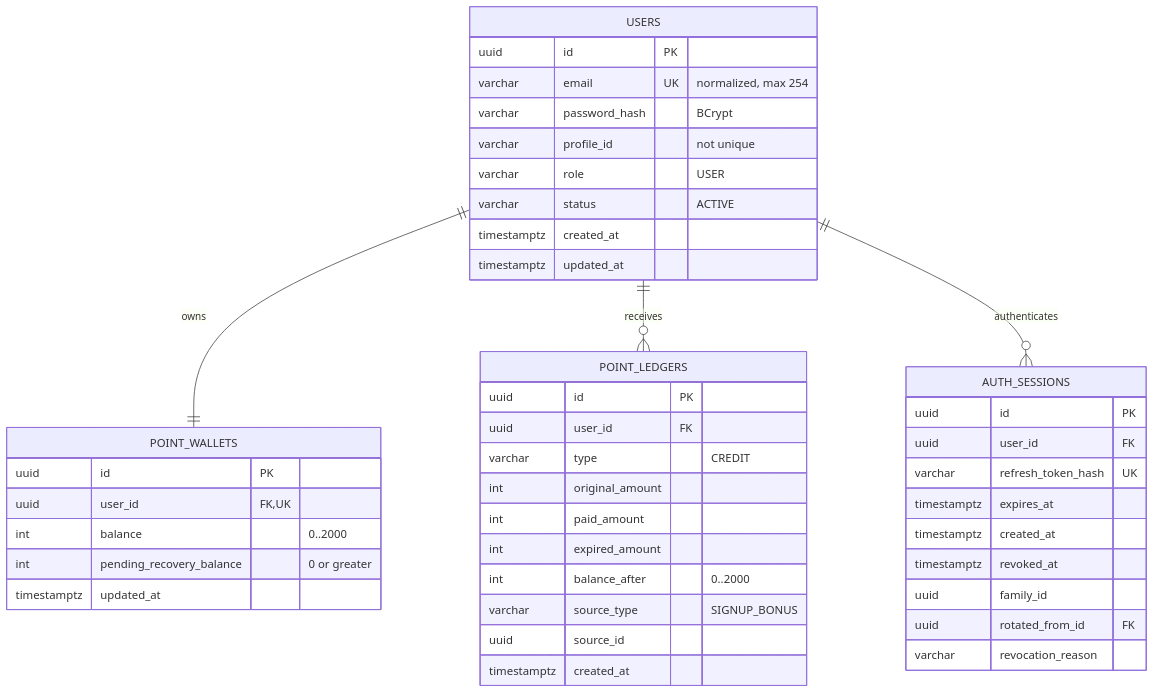
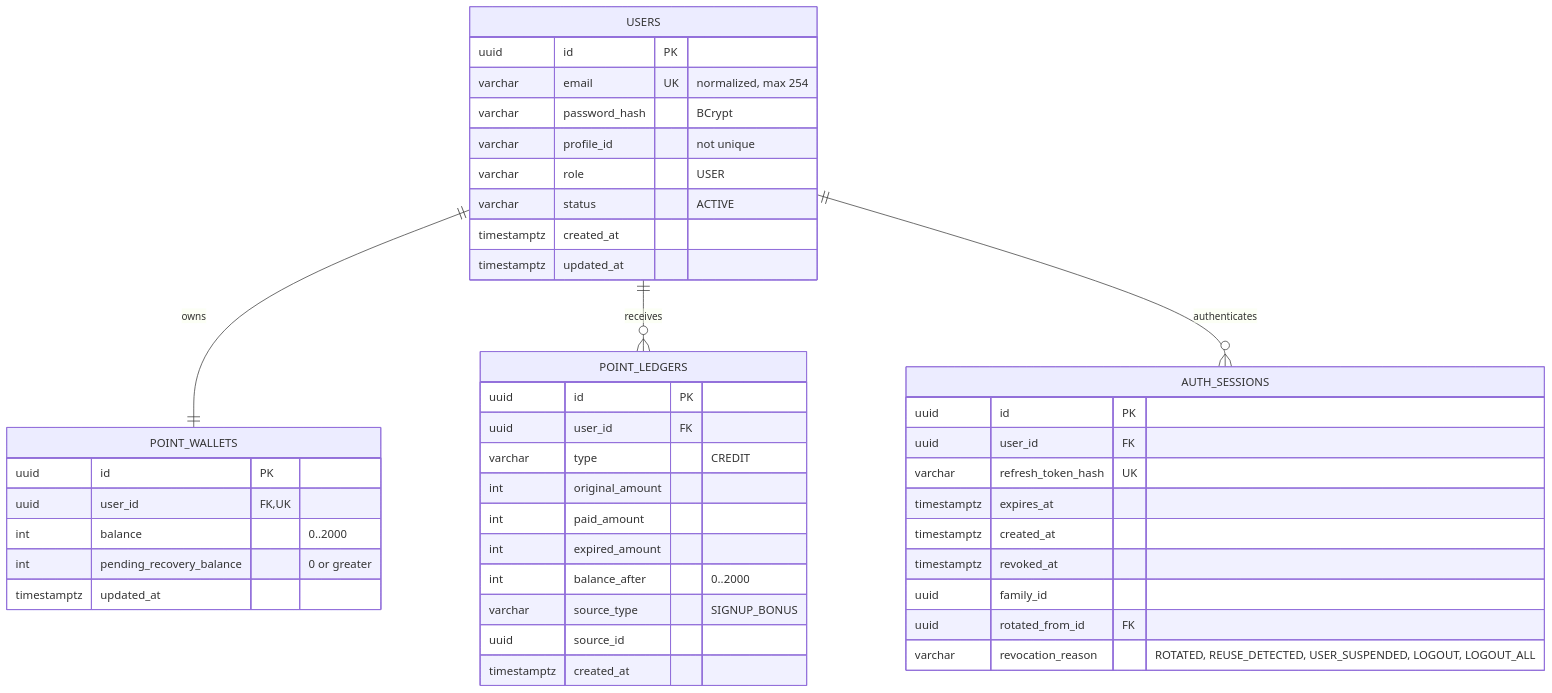
One commit to OpenSeedDev/openseed-be changed the diagram in docs/architecture/erd.md. Above: the diagram before and after it, drawn with Mermaid. The commit also changed other lines of this file and 18 other files, not shown here.

````diff
--- a/docs/architecture/erd.md
+++ b/docs/architecture/erd.md
@@ -5,50 +5,50 @@
 ```mermaid
 erDiagram
     USERS ||--|| POINT_WALLETS : owns
     USERS ||--o{ POINT_LEDGERS : receives
     USERS ||--o{ AUTH_SESSIONS : authenticates
 
     USERS {
         uuid id PK
         varchar email UK "normalized, max 254"
         varchar password_hash "BCrypt"
         varchar profile_id "not unique"
         varchar role "USER"
         varchar status "ACTIVE"
         timestamptz created_at
         timestamptz updated_at
     }
 
     POINT_WALLETS {
         uuid id PK
         uuid user_id FK,UK
         int balance "0..2000"
         int pending_recovery_balance "0 or greater"
         timestamptz updated_at
     }
 
     POINT_LEDGERS {
         uuid id PK
         uuid user_id FK
         varchar type "CREDIT"
         int original_amount
         int paid_amount
         int expired_amount
         int balance_after "0..2000"
         varchar source_type "SIGNUP_BONUS"
         uuid source_id
         timestamptz created_at
     }
 
     AUTH_SESSIONS {
         uuid id PK
         uuid user_id FK
         varchar refresh_token_hash UK
         timestamptz expires_at
         timestamptz created_at
         timestamptz revoked_at
         uuid family_id
         uuid rotated_from_id FK
-        varchar revocation_reason
+        varchar revocation_reason "ROTATED, REUSE_DETECTED, USER_SUSPENDED, LOGOUT, LOGOUT_ALL"
     }
 ```
````
